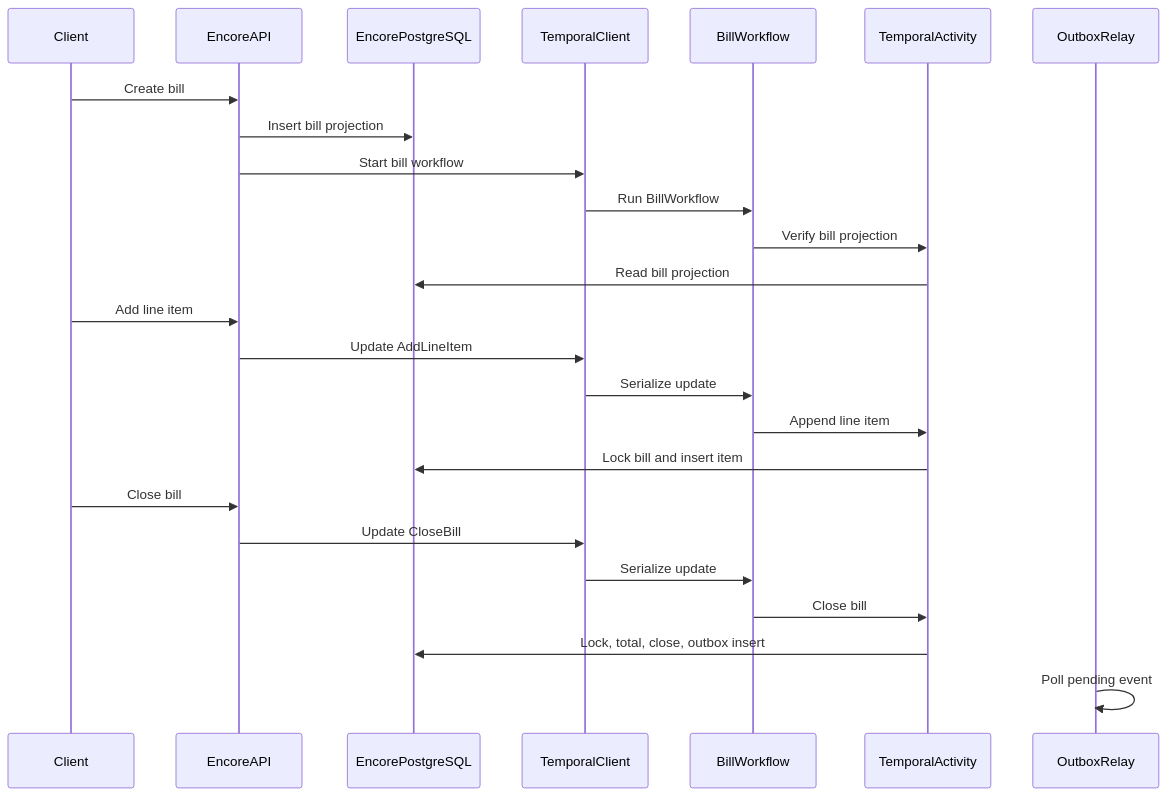
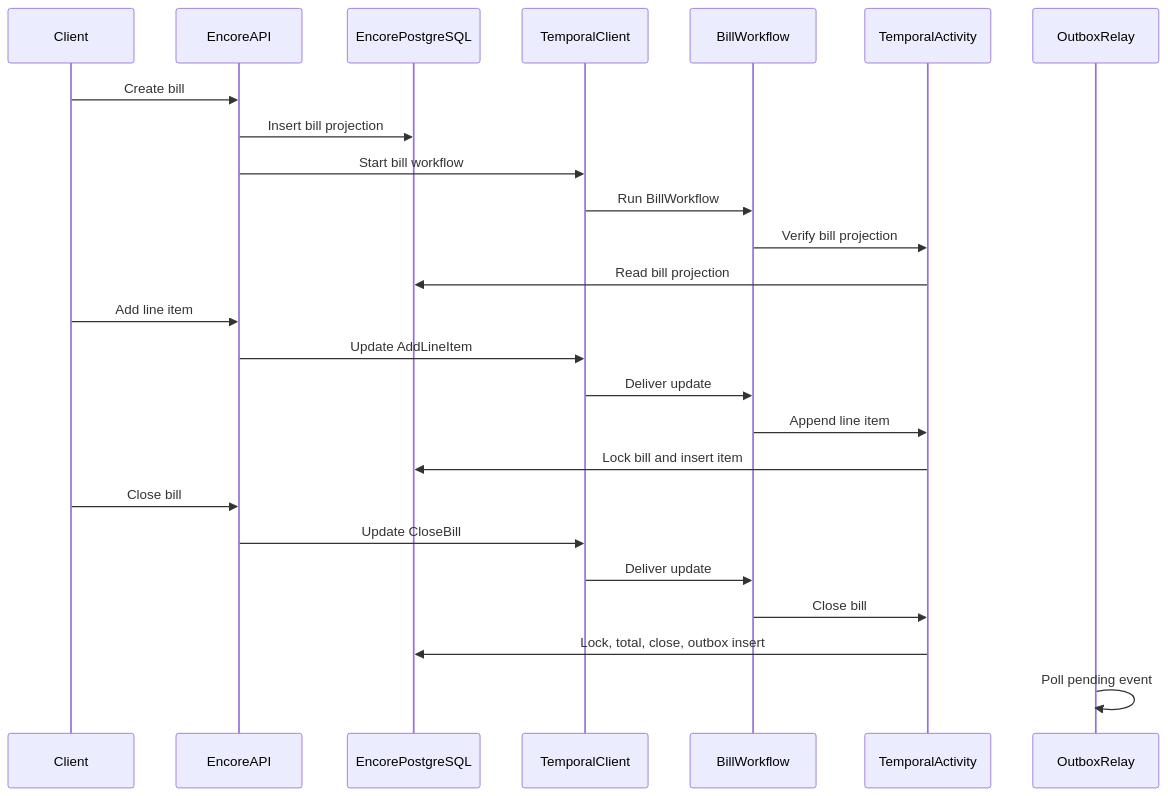
The first of 2 diagrams in docs/fees-api-tech-spec.md (SKYZAP/pave-fee), drawn with Mermaid before and after one commit. The commit also changed other lines of this file and 2 other files, not shown here.

````diff
--- a/docs/fees-api-tech-spec.md
+++ b/docs/fees-api-tech-spec.md
@@ -16,30 +16,30 @@
 ```mermaid
 sequenceDiagram
     participant Client
     participant API as EncoreAPI
     participant DB as EncorePostgreSQL
     participant TC as TemporalClient
     participant Workflow as BillWorkflow
     participant Activity as TemporalActivity
     participant Outbox as OutboxRelay
 
     Client->>API: Create bill
     API->>DB: Insert bill projection
     API->>TC: Start bill workflow
     TC->>Workflow: Run BillWorkflow
     Workflow->>Activity: Verify bill projection
     Activity->>DB: Read bill projection
 
     Client->>API: Add line item
     API->>TC: Update AddLineItem
-    TC->>Workflow: Serialize update
+    TC->>Workflow: Deliver update
     Workflow->>Activity: Append line item
     Activity->>DB: Lock bill and insert item
 
     Client->>API: Close bill
     API->>TC: Update CloseBill
-    TC->>Workflow: Serialize update
+    TC->>Workflow: Deliver update
     Workflow->>Activity: Close bill
     Activity->>DB: Lock, total, close, outbox insert
     Outbox->>Outbox: Poll pending event
 ```
````
